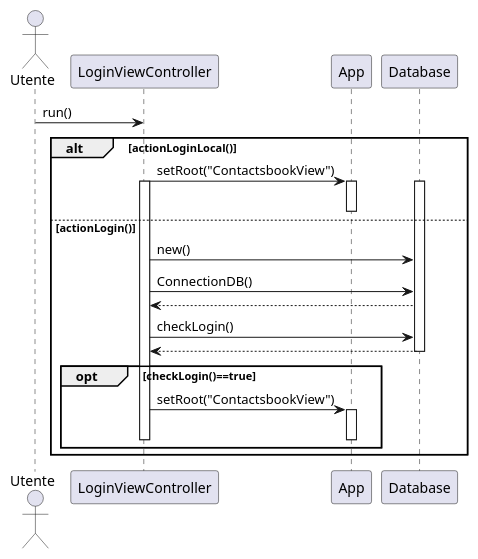
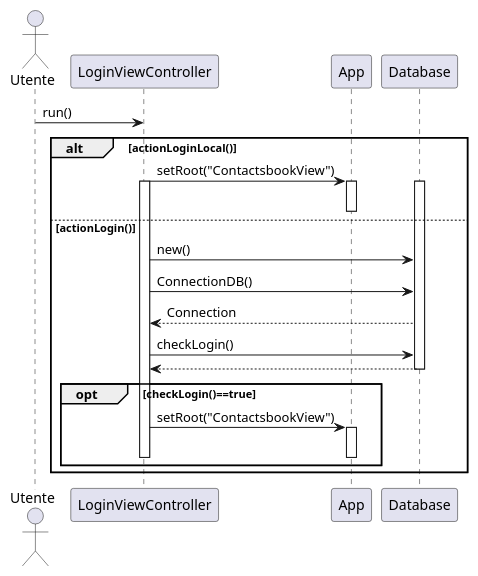
One commit to CupoMeridio/Ingegneria-del-software-2024-2025 changed the diagram in src/main/resources/SequenceDiagrams/SequenceDiagramLoginViewController.puml. Above: the diagram before and after it, drawn with PlantUML.

Commit message:
Merge origin/project-nebeans-23-Vittorio into test-Database
# Conflicts:
#	nbactions.xml
#	pom.xml

```diff
--- a/src/main/resources/SequenceDiagrams/SequenceDiagramLoginViewController.puml
+++ b/src/main/resources/SequenceDiagrams/SequenceDiagramLoginViewController.puml
@@ -1,39 +1,39 @@
 @startuml
 actor Utente
 participant "LoginViewController" as LoginViewController
 participant "App" as App 
 participant "Database" as db
 
 Utente -> LoginViewController: run()
 
 alt actionLoginLocal()
 LoginViewController -> App: setRoot("ContactsbookView")
 activate App
 deactivate App
 else actionLogin()
 
 activate db
 activate LoginViewController
 LoginViewController -> db: new()
 LoginViewController -> db: ConnectionDB()
-db --> LoginViewController
+db --> LoginViewController: Connection
 
 LoginViewController -> db: checkLogin()
 db --> LoginViewController
 deactivate db
 opt checkLogin()==true
 LoginViewController -> App: setRoot("ContactsbookView")
 activate App
 deactivate App
 deactivate LoginViewController
 end
 
 
 
 end
 
 
 
 
 
 @enduml
```
